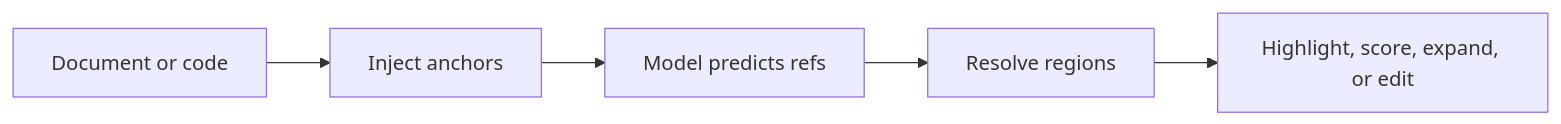
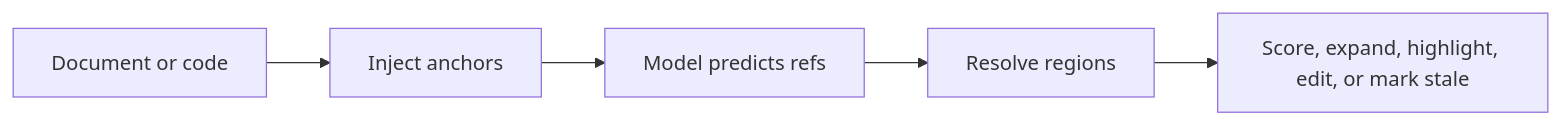
The diagram in README.md (AGI-1/refmark), drawn with Mermaid before and after one commit. The commit also changed other lines of this file and 84 other files, not shown here.

````diff
--- a/README.md
+++ b/README.md
@@ -37,7 +65,7 @@
 ```mermaid
 flowchart LR
   A["Document or code"] --> B["Inject anchors"]
   B --> C["Model predicts refs"]
   C --> D["Resolve regions"]
-  D --> E["Highlight, score, expand, or edit"]
+  D --> E["Score, expand, highlight, edit, or mark stale"]
 ```
````
